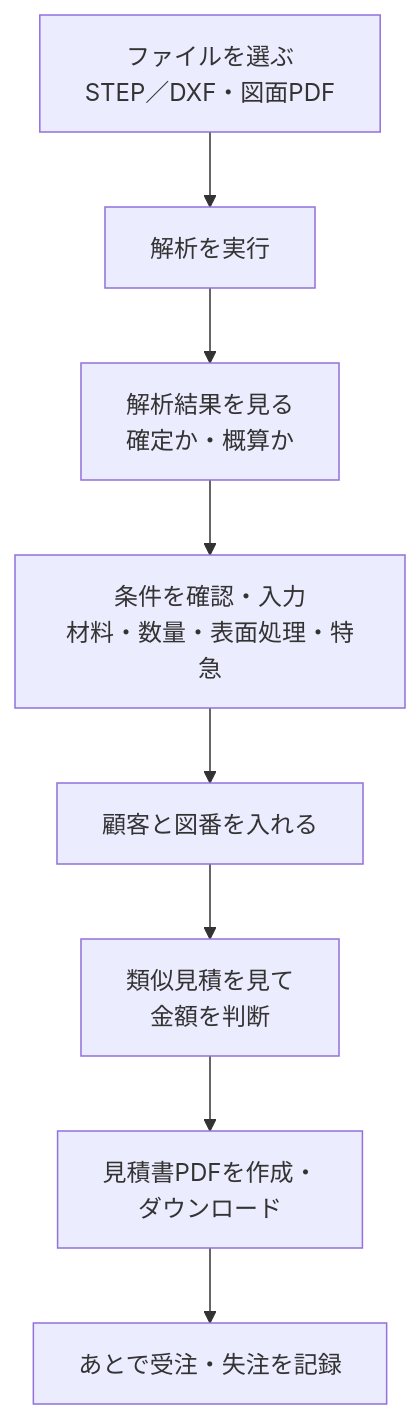
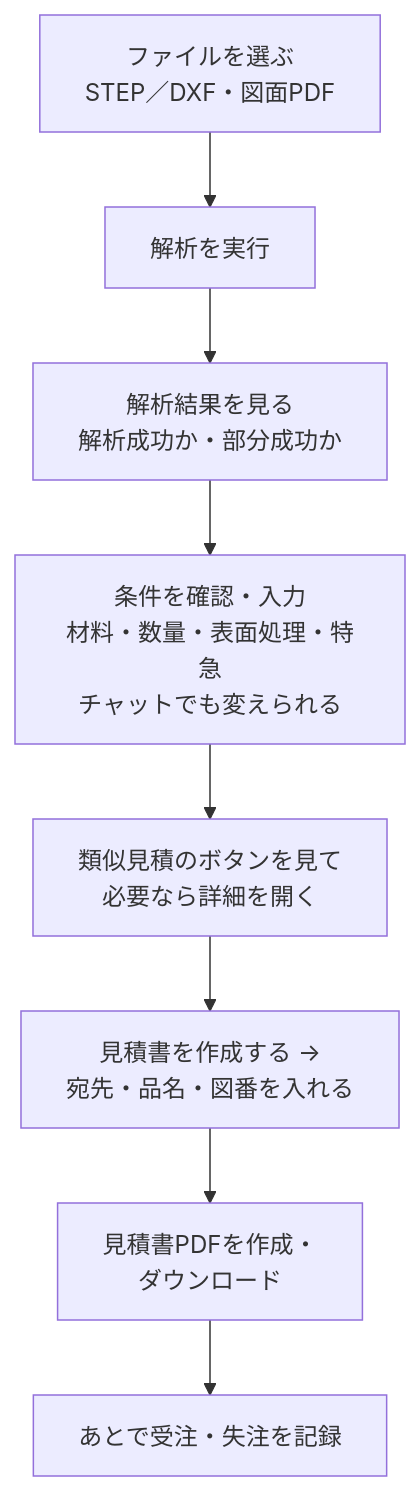
One commit to 1975020t/step_analysis_for_automatic-estimate changed the second of 2 diagrams in docs/04_操作マニュアル.md. Above: the diagram before and after it, drawn with Mermaid. The commit also changed other lines of this file and 67 other files, not shown here.

````diff
--- a/docs/04_操作マニュアル.md
+++ b/docs/04_操作マニュアル.md
@@ -142,10 +144,10 @@
 ```mermaid 図 見積1件の流れ
 flowchart TD
   a[ファイルを選ぶ<br/>STEP／DXF・図面PDF] --> b[解析を実行]
-  b --> c[解析結果を見る<br/>確定か・概算か]
-  c --> d[条件を確認・入力<br/>材料・数量・表面処理・特急]
-  d --> e[顧客と図番を入れる]
-  e --> f[類似見積を見て<br/>金額を判断]
-  f --> g[見積書PDFを作成・<br/>ダウンロード]
-  g --> h[あとで受注・失注を記録]
+  b --> c[解析結果を見る<br/>解析成功か・部分成功か]
+  c --> d[条件を確認・入力<br/>材料・数量・表面処理・特急<br/>チャットでも変えられる]
+  d --> f[類似見積のボタンを見て<br/>必要なら詳細を開く]
+  f --> g[見積書を作成する →<br/>宛先・品名・図番を入れる]
+  g --> h[見積書PDFを作成・<br/>ダウンロード]
+  h --> i[あとで受注・失注を記録]
 ```
````
